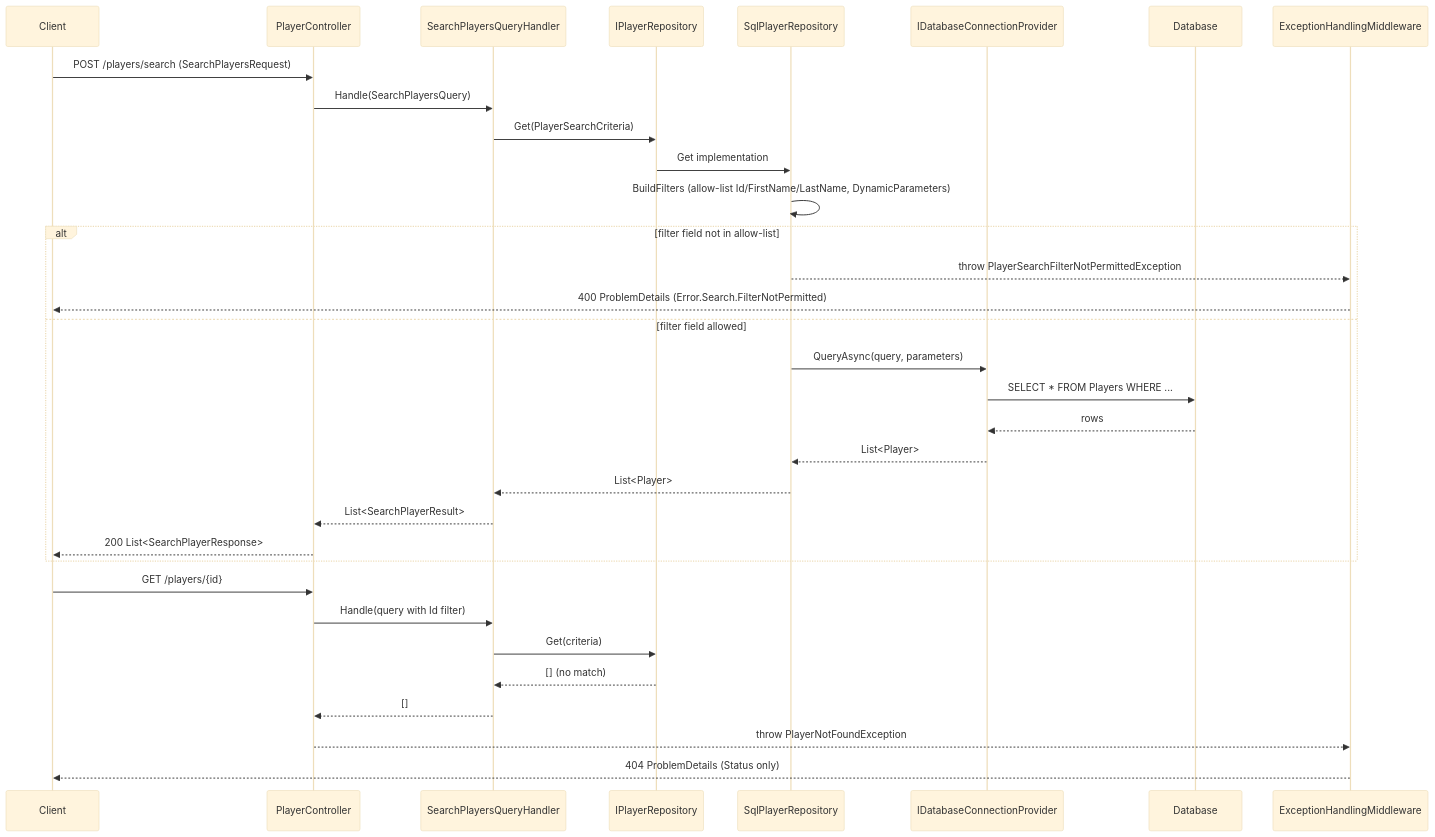
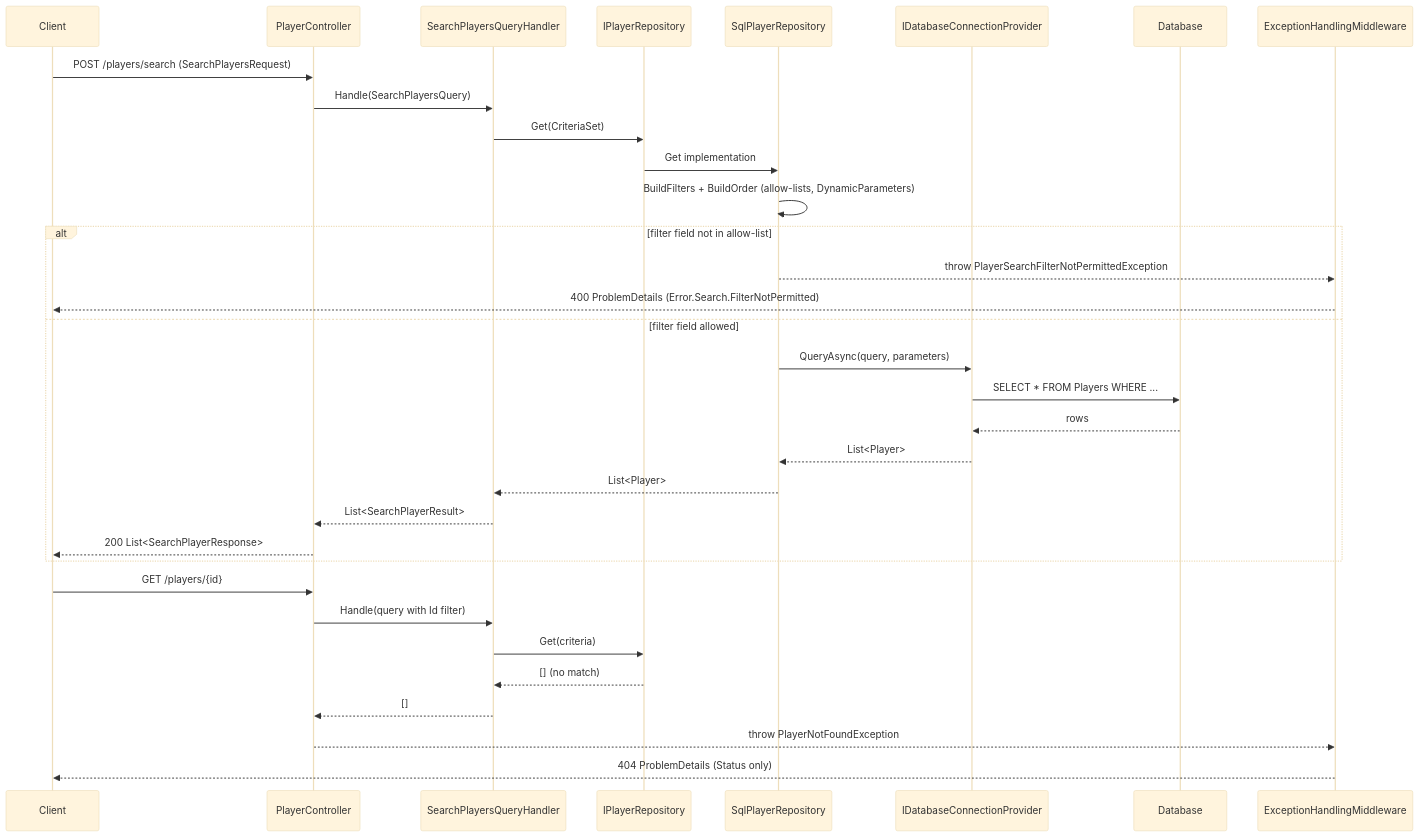
Before and after one commit to Aaronhdez/GafferApi: the diagram in doc/features/technical/player-search-and-persistence.md, drawn with Mermaid (base theme). The commit also changed other lines of this file and 4 other files, not shown here.

Commit message:
feat: Update player search functionality to support richer criteria and enhance documentation

````diff
--- a/doc/features/technical/player-search-and-persistence.md
+++ b/doc/features/technical/player-search-and-persistence.md
@@ -11,37 +13,37 @@
 ```mermaid
 sequenceDiagram
     participant Client
     participant PlayerController
     participant SearchPlayersQueryHandler
     participant IPlayerRepository
     participant SqlPlayerRepository
     participant IDatabaseConnectionProvider
     participant Database
     participant ExceptionHandlingMiddleware
 
     Client->>PlayerController: POST /players/search (SearchPlayersRequest)
     PlayerController->>SearchPlayersQueryHandler: Handle(SearchPlayersQuery)
-    SearchPlayersQueryHandler->>IPlayerRepository: Get(PlayerSearchCriteria)
+    SearchPlayersQueryHandler->>IPlayerRepository: Get(CriteriaSet)
     IPlayerRepository->>SqlPlayerRepository: Get implementation
-    SqlPlayerRepository->>SqlPlayerRepository: BuildFilters (allow-list Id/FirstName/LastName, DynamicParameters)
+    SqlPlayerRepository->>SqlPlayerRepository: BuildFilters + BuildOrder (allow-lists, DynamicParameters)
     alt filter field not in allow-list
         SqlPlayerRepository-->>ExceptionHandlingMiddleware: throw PlayerSearchFilterNotPermittedException
         ExceptionHandlingMiddleware-->>Client: 400 ProblemDetails (Error.Search.FilterNotPermitted)
     else filter field allowed
         SqlPlayerRepository->>IDatabaseConnectionProvider: QueryAsync(query, parameters)
         IDatabaseConnectionProvider->>Database: SELECT * FROM Players WHERE ...
         Database-->>IDatabaseConnectionProvider: rows
         IDatabaseConnectionProvider-->>SqlPlayerRepository: List<Player>
         SqlPlayerRepository-->>SearchPlayersQueryHandler: List<Player>
         SearchPlayersQueryHandler-->>PlayerController: List<SearchPlayerResult>
         PlayerController-->>Client: 200 List<SearchPlayerResponse>
     end
 
     Client->>PlayerController: GET /players/{id}
     PlayerController->>SearchPlayersQueryHandler: Handle(query with Id filter)
     SearchPlayersQueryHandler->>IPlayerRepository: Get(criteria)
     IPlayerRepository-->>SearchPlayersQueryHandler: [] (no match)
     SearchPlayersQueryHandler-->>PlayerController: []
     PlayerController-->>ExceptionHandlingMiddleware: throw PlayerNotFoundException
     ExceptionHandlingMiddleware-->>Client: 404 ProblemDetails (Status only)
 ```
````
